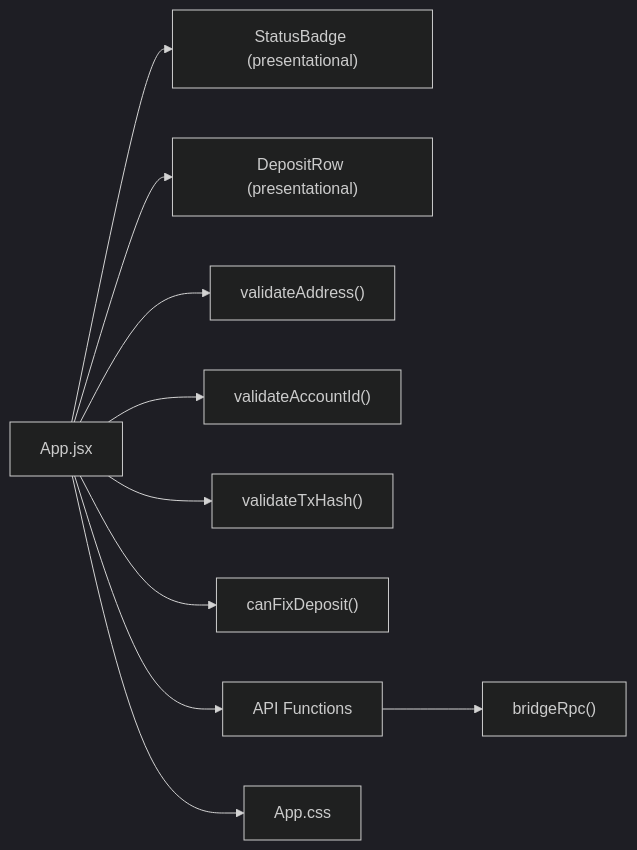
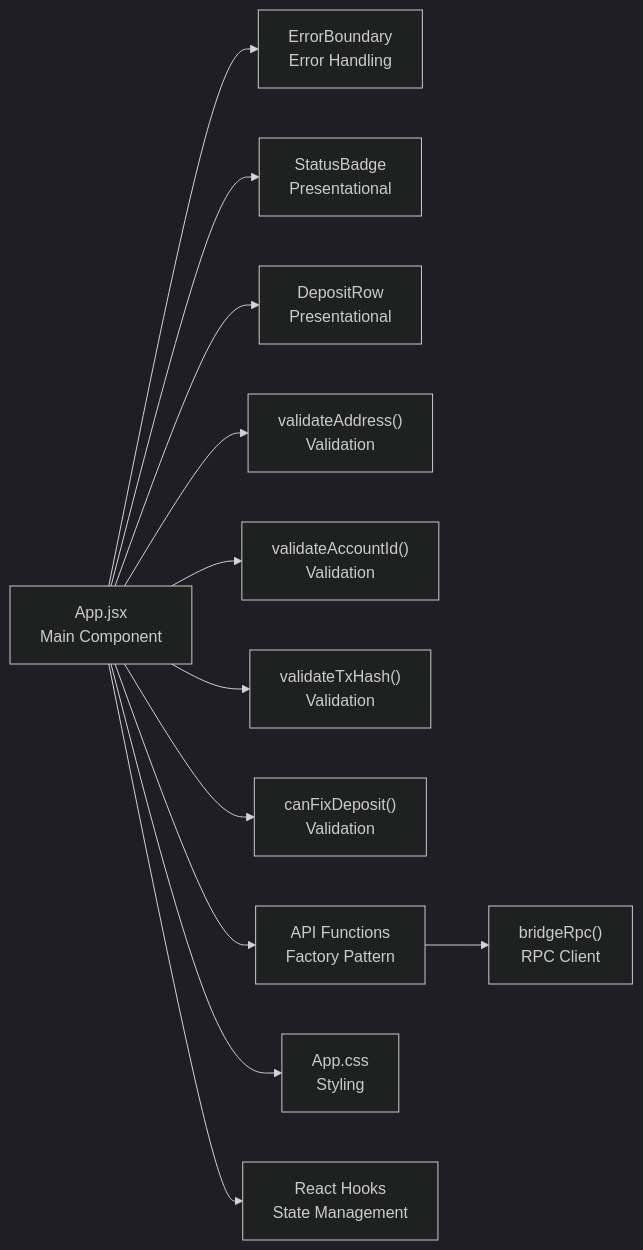
One commit to KaranMakani/deposit-fixer changed the seventh of 8 diagrams in .qoder/repowiki/en/content/Technical Architecture/Technical Architecture.md. Above: the diagram before and after it, drawn with Mermaid (dark theme). The commit also changed other lines of this file and 10 other files, not shown here.

````diff
--- a/.qoder/repowiki/en/content/Technical Architecture/Technical Architecture.md
+++ b/.qoder/repowiki/en/content/Technical Architecture/Technical Architecture.md
@@ -274,12 +317,14 @@
 ```mermaid
 graph LR
-App["App.jsx"] --> SB["StatusBadge (presentational)"]
-App --> DR["DepositRow (presentational)"]
-App --> VA["validateAddress()"]
-App --> VACC["validateAccountId()"]
-App --> VT["validateTxHash()"]
-App --> CF["canFixDeposit()"]
-App --> API["API Functions"]
-API --> RPC["bridgeRpc()"]
-App --> CSS["App.css"]
+App["App.jsx<br/>Main Component"] --> EB["ErrorBoundary<br/>Error Handling"]
+App --> SB["StatusBadge<br/>Presentational"]
+App --> DR["DepositRow<br/>Presentational"]
+App --> VA["validateAddress()<br/>Validation"]
+App --> VACC["validateAccountId()<br/>Validation"]
+App --> VT["validateTxHash()<br/>Validation"]
+App --> CF["canFixDeposit()<br/>Validation"]
+App --> API["API Functions<br/>Factory Pattern"]
+API --> RPC["bridgeRpc()<br/>RPC Client"]
+App --> CSS["App.css<br/>Styling"]
+App --> Hooks["React Hooks<br/>State Management"]
 ```
````
